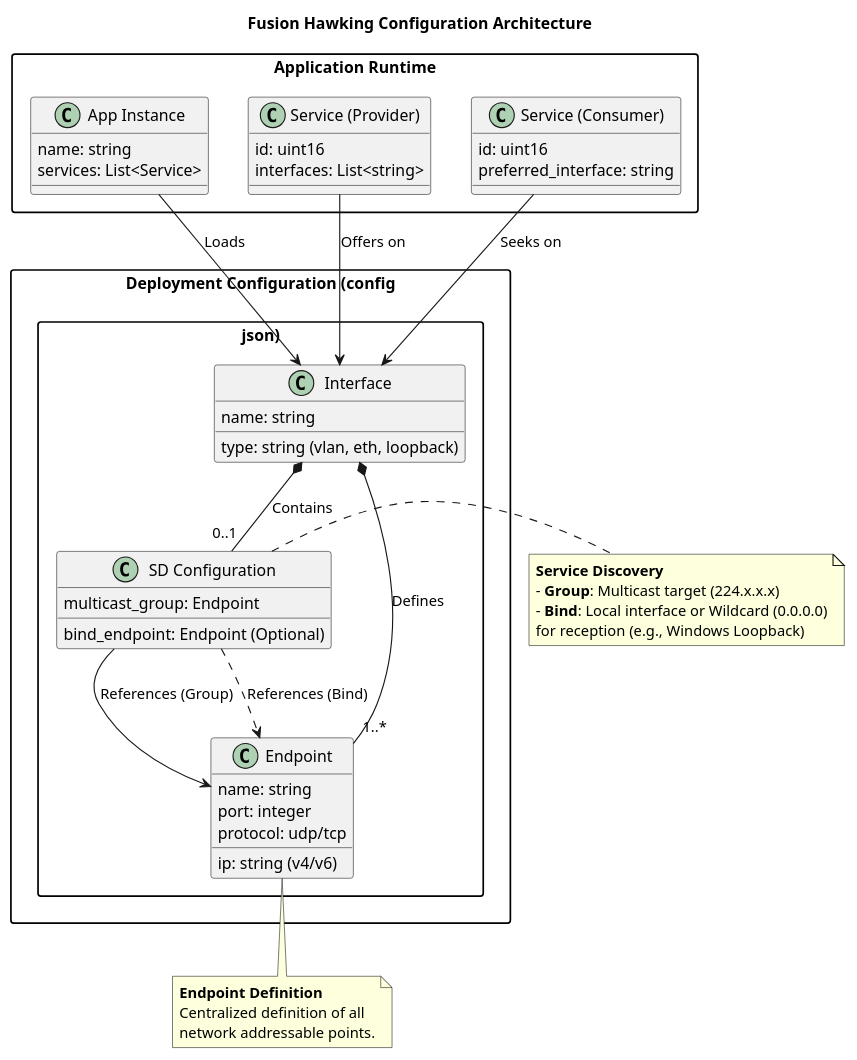
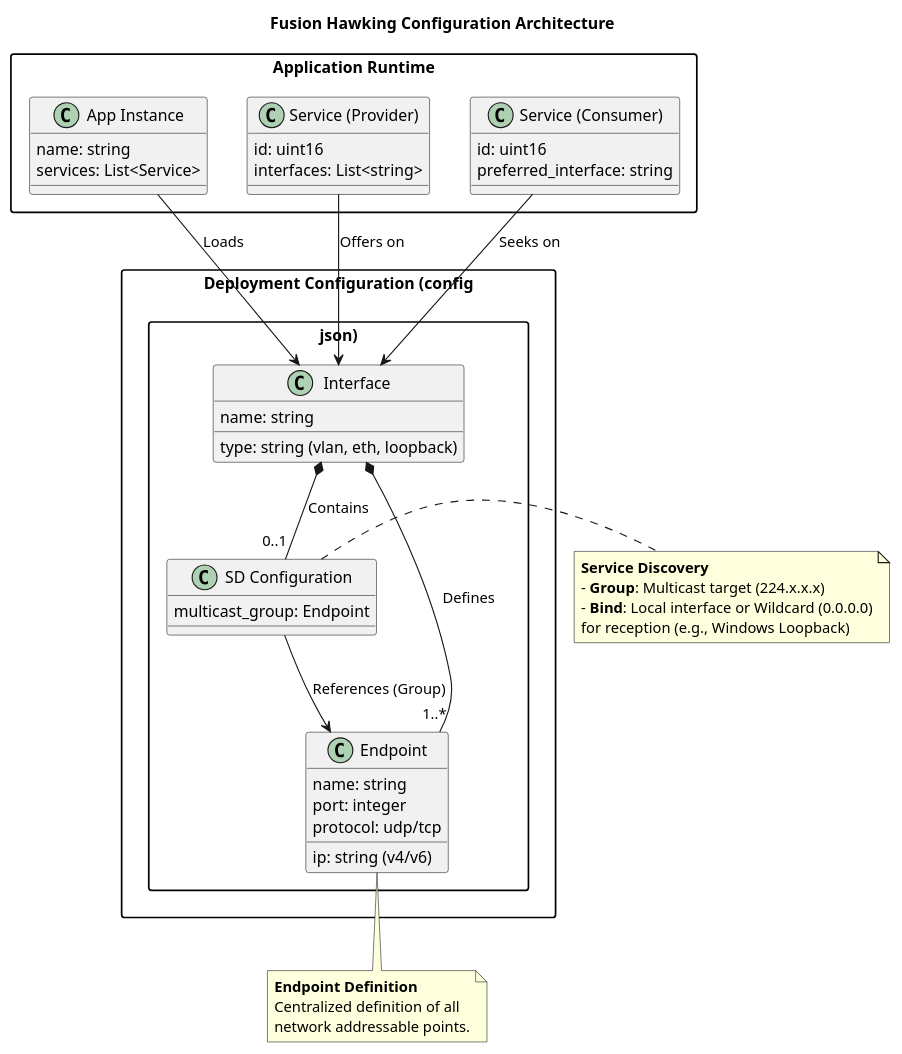
The diagram in docs/diagrams/config_architecture.puml (arunj123/fusion-hawking), drawn with PlantUML before and after one commit. The commit also changed 42 other files, not shown here.

```diff
--- a/docs/diagrams/config_architecture.puml
+++ b/docs/diagrams/config_architecture.puml
@@ -1,65 +1,63 @@
 @startuml
 skinparam componentStyle uml2
 skinparam packageStyle rectangle
 
 title Fusion Hawking Configuration Architecture
 
 package "Deployment Configuration (config.json)" {
     class "Interface" as Iface {
         name: string
         type: string (vlan, eth, loopback)
     }
 
     class "Endpoint" as Ep {
         name: string
         ip: string (v4/v6)
         port: integer
         protocol: udp/tcp
     }
 
     class "SD Configuration" as SdCfg {
         multicast_group: Endpoint
-        bind_endpoint: Endpoint (Optional)
     }
 
     Iface *-- "1..*" Ep : Defines
     Iface *-- "0..1" SdCfg : Contains
     SdCfg --> Ep : References (Group)
-    SdCfg ..> Ep : References (Bind)
 }
 
 package "Application Runtime" {
     class "App Instance" as AppInst {
         name: string
         services: List<Service>
     }
 
     class "Service (Provider)" as SvcProv {
         id: uint16
         interfaces: List<string>
     }
 
     class "Service (Consumer)" as SvcCons {
         id: uint16
         preferred_interface: string
     }
 
     AppInst --> Iface : Loads
     SvcProv --> Iface : Offers on
     SvcCons --> Iface : Seeks on
 }
 
 note right of SdCfg
   **Service Discovery**
   - **Group**: Multicast target (224.x.x.x)
   - **Bind**: Local interface or Wildcard (0.0.0.0)
   for reception (e.g., Windows Loopback)
 end note
 
 note bottom of Ep
   **Endpoint Definition**
   Centralized definition of all
   network addressable points.
 end note
 
 @enduml
```
